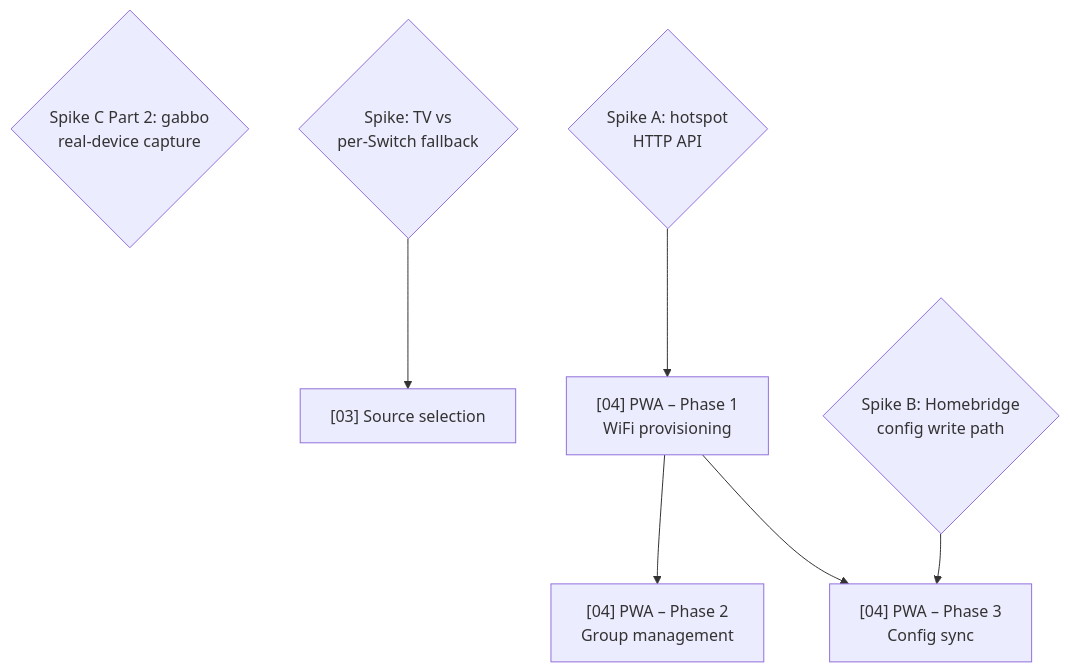
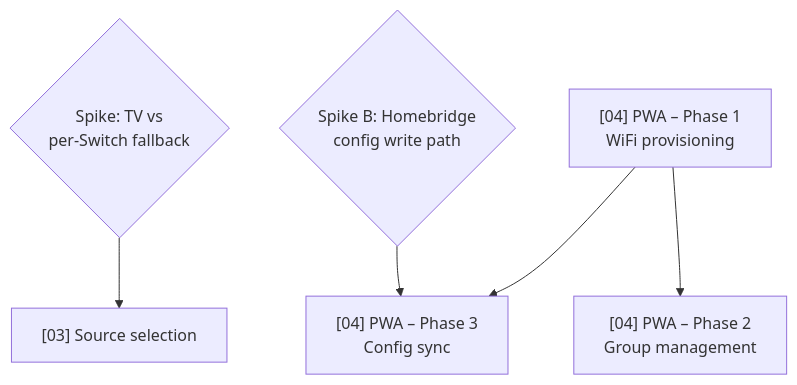
The diagram in .claude/plans/ROADMAP.md (forktrucka/homebridge-soundtouch-speaker), drawn with Mermaid before and after one commit. The commit also changed other lines of this file and 1 other file, not shown here.

First line of the commit message:
docs: recover exact WiFi-provisioning wire format, fully resolve Spike A

````diff
--- a/.claude/plans/ROADMAP.md
+++ b/.claude/plans/ROADMAP.md
@@ -13,18 +13,14 @@
 ```mermaid
 flowchart TD
-    SpikeC{"Spike C Part 2: gabbo\nreal-device capture"}
     SpikeTV{"Spike: TV vs\nper-Switch fallback"}
     SourceNode["[03] Source selection"]
-    SpikeA{"Spike A: hotspot\nHTTP API"}
     SpikeB{"Spike B: Homebridge\nconfig write path"}
     PWA1Node["[04] PWA – Phase 1\nWiFi provisioning"]
     PWA2Node["[04] PWA – Phase 2\nGroup management"]
     PWA3Node["[04] PWA – Phase 3\nConfig sync"]
 
-    SpikeC
     SpikeTV --> SourceNode
-    SpikeA --> PWA1Node
     PWA1Node --> PWA2Node
     SpikeB --> PWA3Node
     PWA1Node --> PWA3Node
 ```
````
